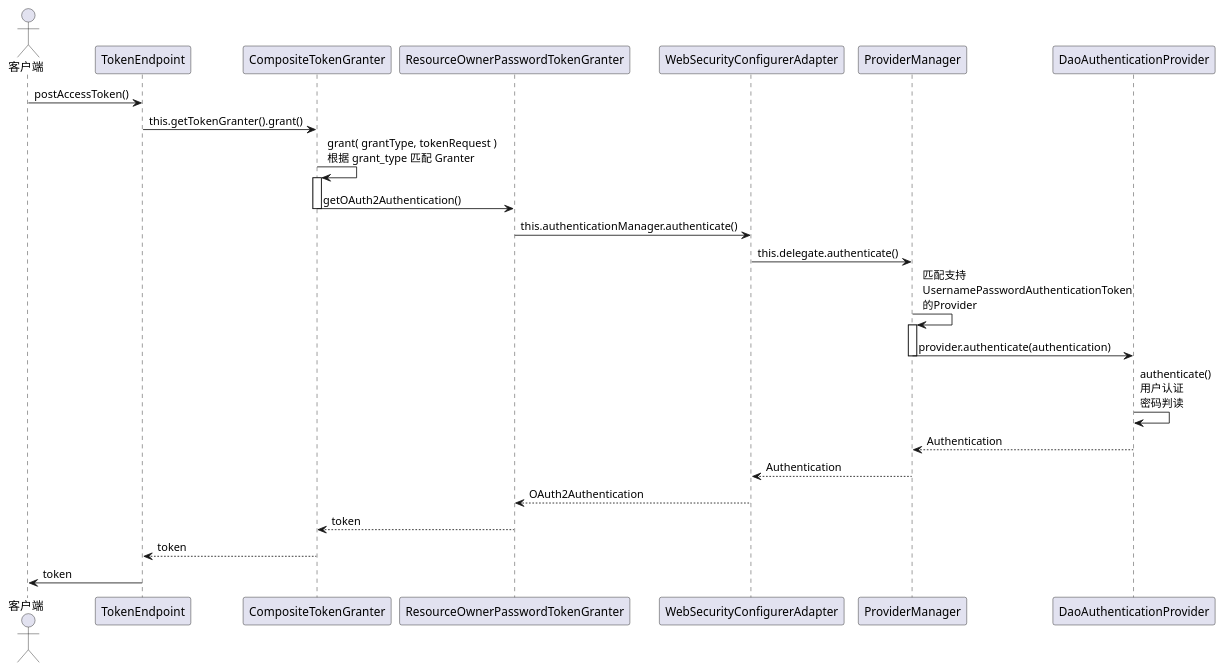
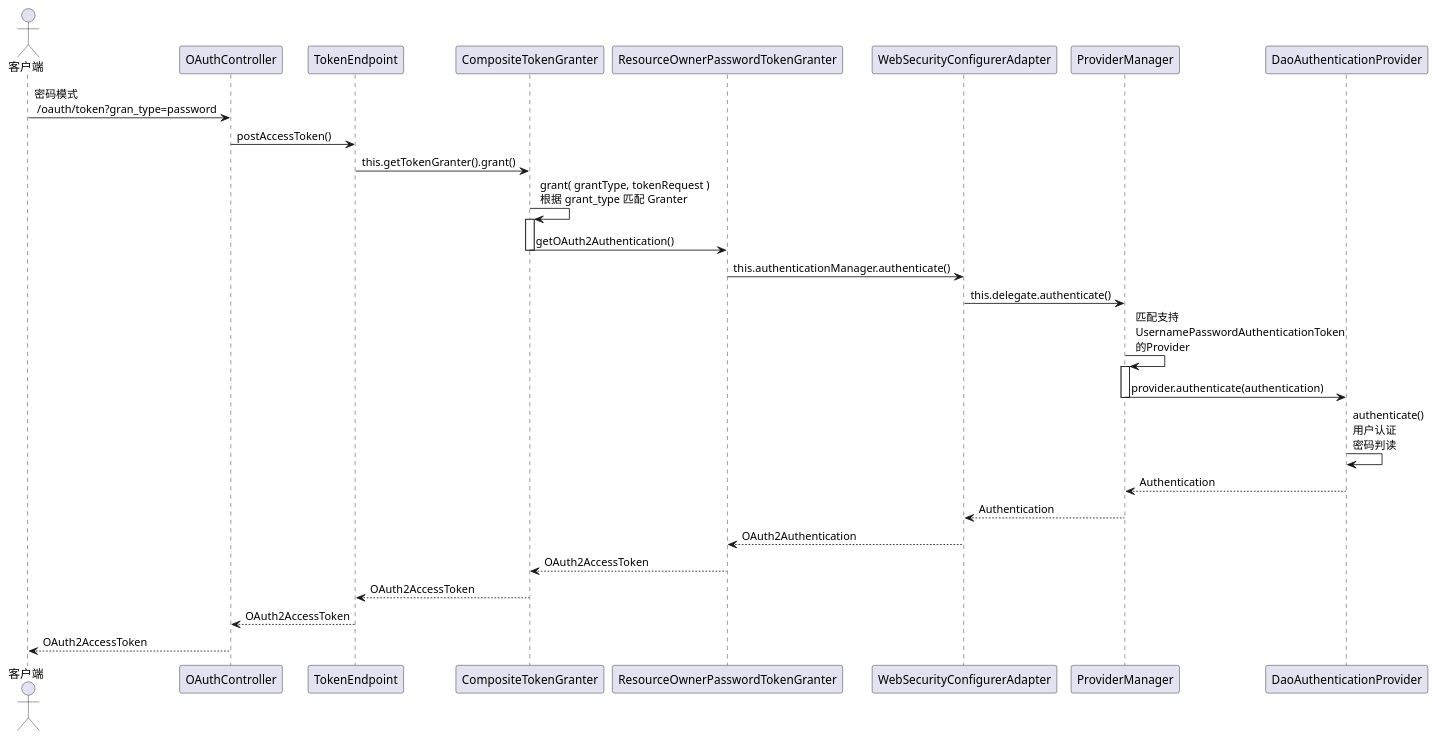
Before and after one commit to youlaitech/youlai-mall: the diagram in doc/diagram/oauth2_password.puml, drawn with PlantUML.

Commit message:
feat(oauth2_password.puml):完善OAuth2的密码模式时序图

```diff
--- a/doc/diagram/oauth2_password.puml
+++ b/doc/diagram/oauth2_password.puml
@@ -1,37 +1,26 @@
 @startuml
 'https://plantuml.com/sequence-diagram
-
 actor 客户端
 
-'密码模式 \n /oauth/token?gran_type=password
-客户端 -> TokenEndpoint: postAccessToken()
+客户端 -> OAuthController: 密码模式 \n /oauth/token?gran_type=password
+OAuthController -> TokenEndpoint: postAccessToken()
 TokenEndpoint -> CompositeTokenGranter: this.getTokenGranter().grant()
-
 CompositeTokenGranter->CompositeTokenGranter: grant( grantType, tokenRequest )\n根据 grant_type 匹配 Granter
 activate  CompositeTokenGranter
-
 CompositeTokenGranter->ResourceOwnerPasswordTokenGranter: getOAuth2Authentication()
 deactivate  CompositeTokenGranter
-
 ResourceOwnerPasswordTokenGranter-> WebSecurityConfigurerAdapter:this.authenticationManager.authenticate()
-
-
-
 WebSecurityConfigurerAdapter -> ProviderManager: this.delegate.authenticate()
-
 ProviderManager -> ProviderManager: 匹配支持\nUsernamePasswordAuthenticationToken\n的Provider
 activate ProviderManager
 ProviderManager -> DaoAuthenticationProvider: provider.authenticate(authentication)
 deactivate ProviderManager
 DaoAuthenticationProvider -> DaoAuthenticationProvider:authenticate()\n用户认证\n密码判读
 ProviderManager <-- DaoAuthenticationProvider: Authentication
-
 WebSecurityConfigurerAdapter <-- ProviderManager: Authentication
 ResourceOwnerPasswordTokenGranter <-- WebSecurityConfigurerAdapter: OAuth2Authentication
-
-CompositeTokenGranter <-- ResourceOwnerPasswordTokenGranter: token
-
-TokenEndpoint <-- CompositeTokenGranter:token
-
-客户端 <- TokenEndpoint: token
+CompositeTokenGranter <-- ResourceOwnerPasswordTokenGranter: OAuth2AccessToken
+TokenEndpoint <-- CompositeTokenGranter:OAuth2AccessToken
+OAuthController <-- TokenEndpoint:OAuth2AccessToken
+客户端 <-- OAuthController: OAuth2AccessToken
 @enduml
```
